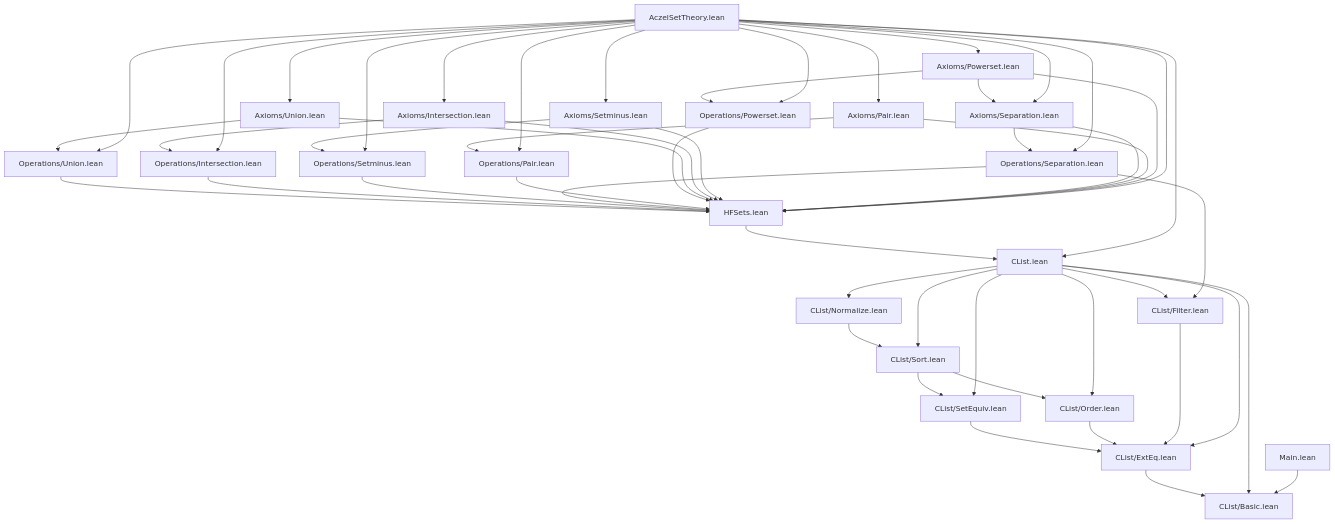
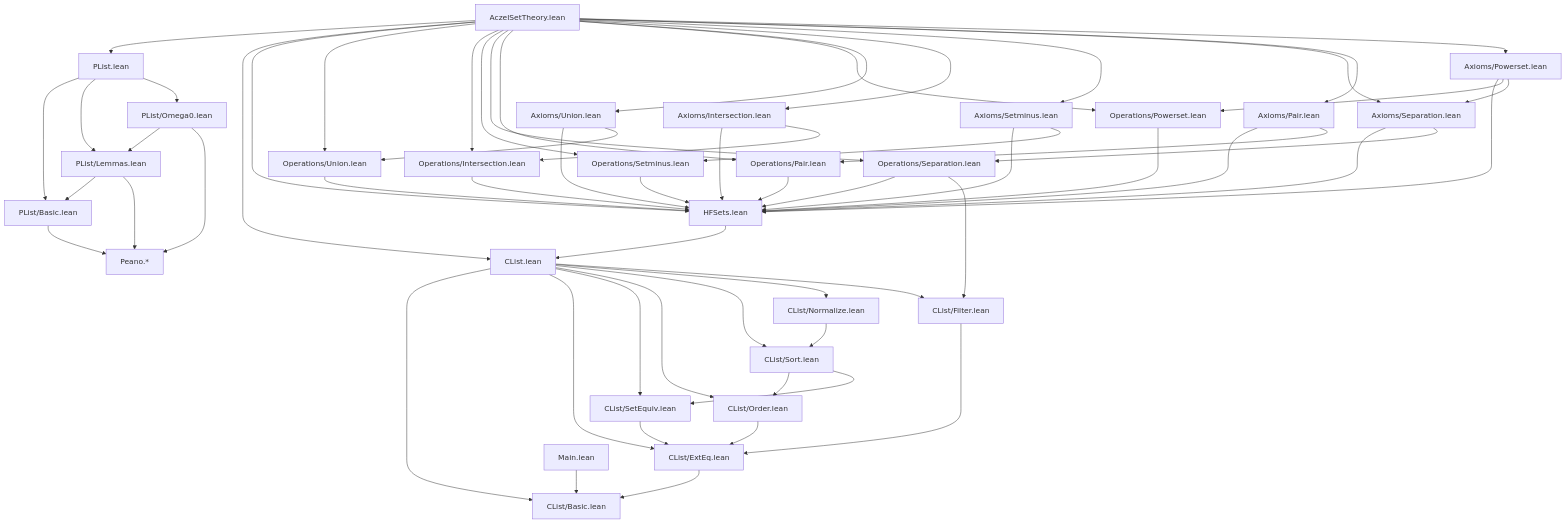
One commit to julian1c2a/AczelSetTheory changed the diagram in DEPENDENCIES.md. Above: the diagram before and after it, drawn with Mermaid. The commit also changed other lines of this file and 3 other files, not shown here.

First line of the commit message:
docs: proyectar PList/Omega0 en REFERENCE, actualizar CHANGELOG y STATUS

````diff
--- a/DEPENDENCIES.md
+++ b/DEPENDENCIES.md
@@ -42,57 +47,68 @@
 ```mermaid
 graph TD
     B[CList/Basic.lean]
     E[CList/ExtEq.lean] --> B
     S[CList/SetEquiv.lean] --> E
     O[CList/Order.lean] --> E
     So[CList/Sort.lean] --> O
     So --> S
     N[CList/Normalize.lean] --> So
     F[CList/Filter.lean] --> E
     CL[CList.lean] --> B
     CL --> E
     CL --> S
     CL --> O
     CL --> So
     CL --> N
     CL --> F
     H[HFSets.lean] --> CL
 
     OpU[Operations/Union.lean] --> H
     OpI[Operations/Intersection.lean] --> H
     OpSm[Operations/Setminus.lean] --> H
     OpSp[Operations/Separation.lean] --> H
     OpSp --> F
     OpPa[Operations/Pair.lean] --> H
     OpPw[Operations/Powerset.lean] --> H
 
     AxU[Axioms/Union.lean] --> H
     AxU --> OpU
     AxI[Axioms/Intersection.lean] --> H
     AxI --> OpI
     AxSm[Axioms/Setminus.lean] --> H
     AxSm --> OpSm
     AxSp[Axioms/Separation.lean] --> H
     AxSp --> OpSp
     AxPa[Axioms/Pair.lean] --> H
     AxPa --> OpPa
     AxPw[Axioms/Powerset.lean] --> H
     AxPw --> OpPw
     AxPw --> AxSp
 
-    Z[AczelSetTheory.lean] --> CL
+    Pe[Peano.*]
+    PB[PList/Basic.lean] --> Pe
+    PL[PList/Lemmas.lean] --> PB
+    PL --> Pe
+    PO[PList/Omega0.lean] --> PL
+    PO --> Pe
+    PList[PList.lean] --> PB
+    PList --> PL
+    PList --> PO
+
+    Z[AczelSetTheory.lean] --> PList
+    Z --> CL
     Z --> H
     Z --> OpU
     Z --> OpI
     Z --> OpSm
     Z --> OpSp
     Z --> OpPa
     Z --> OpPw
     Z --> AxU
     Z --> AxI
     Z --> AxSm
     Z --> AxSp
     Z --> AxPa
     Z --> AxPw
     M[Main.lean] --> B
 ```
````
